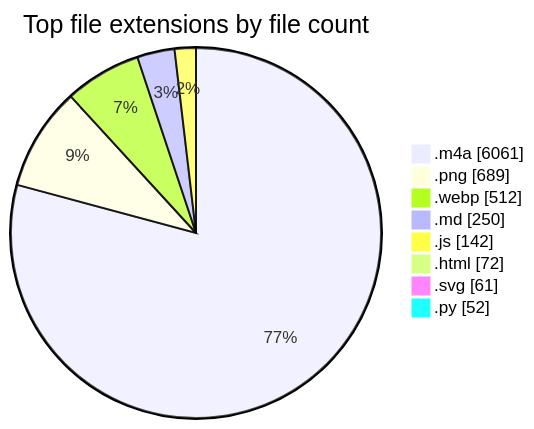
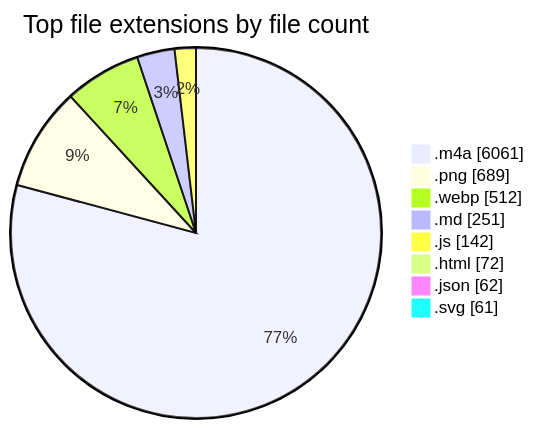
The second of 2 diagrams in README.md (tchinso/tchinso), drawn with Mermaid before and after one commit. The commit also changed other lines of this file, not shown here.

````diff
--- a/README.md
+++ b/README.md
@@ -53,12 +53,12 @@
 ```mermaid
 pie showData
     title Top file extensions by file count
     ".m4a" : 6061
     ".png" : 689
     ".webp" : 512
-    ".md" : 250
+    ".md" : 251
     ".js" : 142
     ".html" : 72
+    ".json" : 62
     ".svg" : 61
-    ".py" : 52
 ```
````
